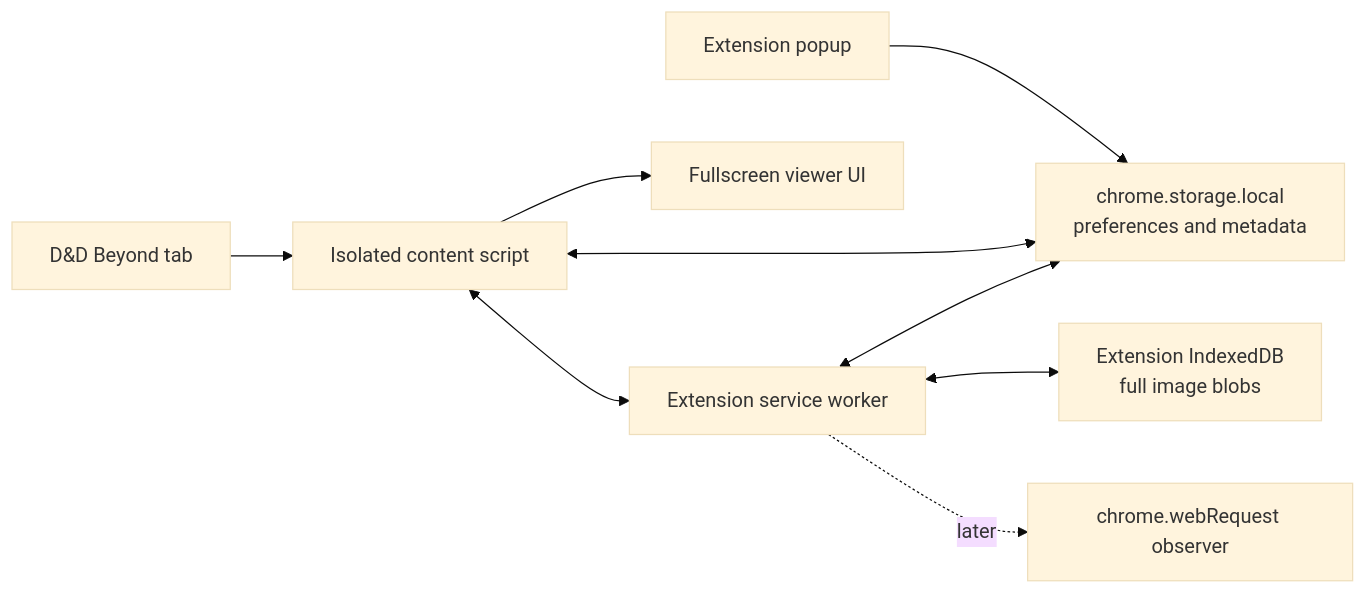
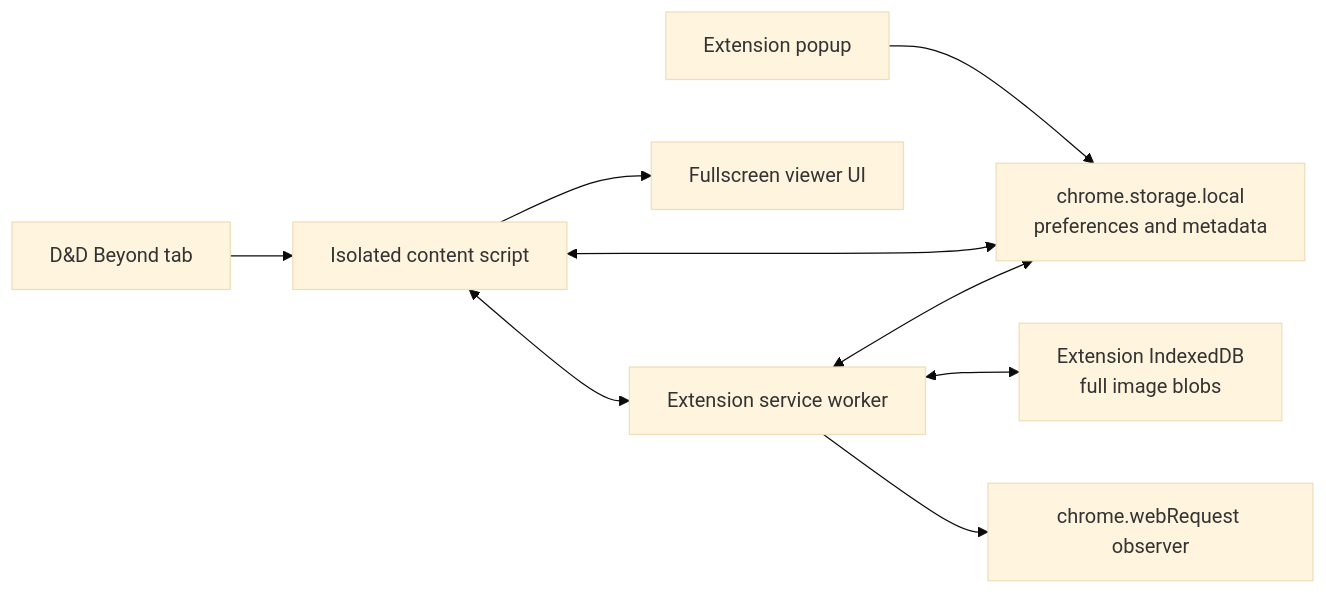
Before and after one commit to dpack1/beyond-full-art: the first of 4 diagrams in docs/ARCHITECTURE.md, drawn with Mermaid (base theme). The commit also changed other lines of this file and 40 other files, not shown here.

````diff
--- a/docs/ARCHITECTURE.md
+++ b/docs/ARCHITECTURE.md
@@ -7,11 +7,11 @@
 ```mermaid
 flowchart LR
     DDB[D&D Beyond tab] --> CS[Isolated content script]
     POPUP[Extension popup] --> PREFS[chrome.storage.local\npreferences and metadata]
     CS --> VIEWER[Fullscreen viewer UI]
     CS <--> SW[Extension service worker]
     CS <--> PREFS
     SW <--> PREFS
     SW <--> ART[Extension IndexedDB\nfull image blobs]
-    SW -. later .-> NET[chrome.webRequest observer]
+    SW --> NET[chrome.webRequest observer]
 ```
````
